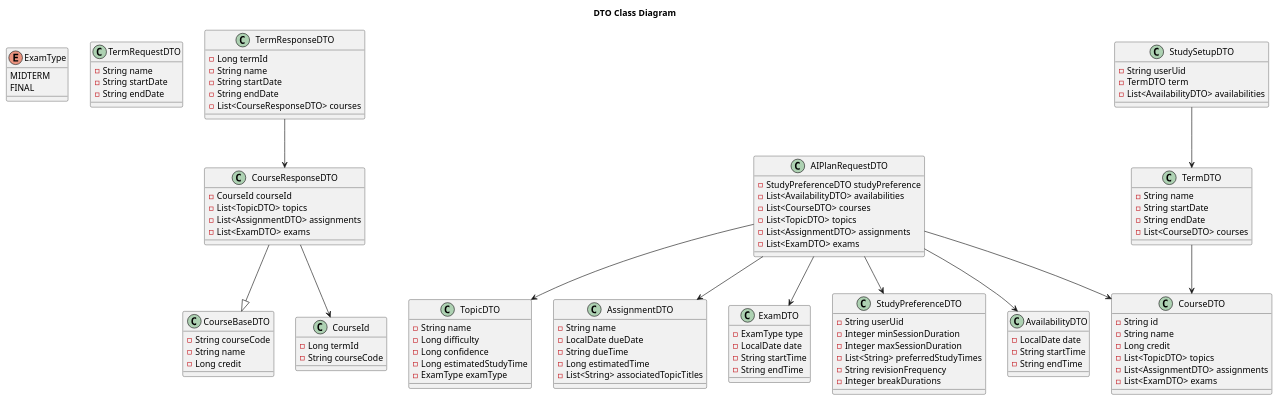
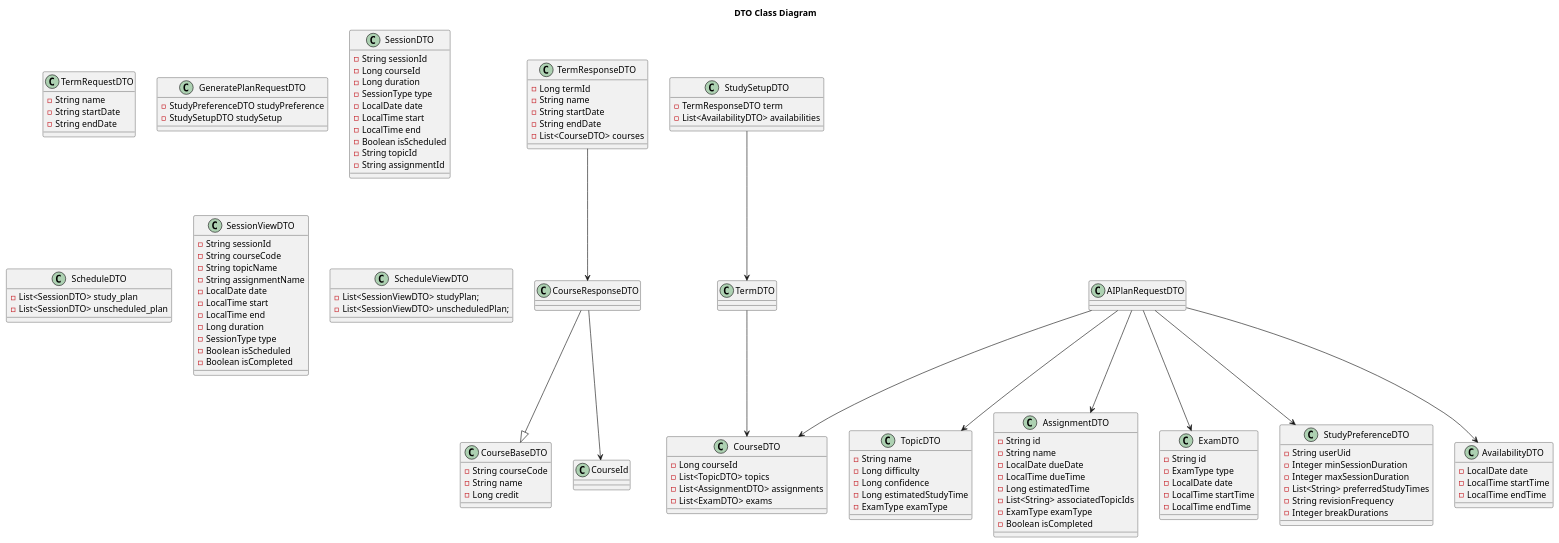
One commit to keerati5003/PlanMate-Diagram changed the diagram in dto.puml. Above: the diagram before and after it, drawn with PlantUML. The commit also changed 13 other files, not shown here.

```diff
--- a/dto.puml
+++ b/dto.puml
@@ -1,122 +1,132 @@
 @startuml
 title DTO Class Diagram
-
-enum ExamType {
-    MIDTERM
-    FINAL
-}
 
 class TermRequestDTO {
     - String name
     - String startDate
     - String endDate
 }
 
 class TermResponseDTO {
     - Long termId
     - String name
     - String startDate
     - String endDate
-    - List<CourseResponseDTO> courses
+    - List<CourseDTO> courses
 }
 
 class CourseBaseDTO {
     - String courseCode
     - String name
     - Long credit
 }
 
-class CourseResponseDTO {
-    - CourseId courseId
+class CourseDTO {
+    - Long courseId
     - List<TopicDTO> topics
     - List<AssignmentDTO> assignments
     - List<ExamDTO> exams
-}
-
-class CourseId {
-    - Long termId
-    - String courseCode
 }
 
 class TopicDTO {
     - String name
     - Long difficulty
     - Long confidence
     - Long estimatedStudyTime
     - ExamType examType
 }
 
 class AssignmentDTO {
+    - String id
     - String name
     - LocalDate dueDate
-    - String dueTime
+    - LocalTime dueTime
     - Long estimatedTime
-    - List<String> associatedTopicTitles
+    - List<String> associatedTopicIds
+    - ExamType examType
+    - Boolean isCompleted
 }
 
 class ExamDTO {
+    - String id
     - ExamType type
     - LocalDate date
-    - String startTime
-    - String endTime
+    - LocalTime startTime
+    - LocalTime endTime
 }
 
 class StudyPreferenceDTO {
     - String userUid
     - Integer minSessionDuration
     - Integer maxSessionDuration
     - List<String> preferredStudyTimes
     - String revisionFrequency
     - Integer breakDurations
 }
 
 class AvailabilityDTO {
     - LocalDate date
-    - String startTime
-    - String endTime
+    - LocalTime startTime
+    - LocalTime endTime
 }
 
-class AIPlanRequestDTO {
+class GeneratePlanRequestDTO {
     - StudyPreferenceDTO studyPreference
-    - List<AvailabilityDTO> availabilities
-    - List<CourseDTO> courses
-    - List<TopicDTO> topics
-    - List<AssignmentDTO> assignments
-    - List<ExamDTO> exams
+    - StudySetupDTO studySetup
 }
 
 class StudySetupDTO {
-    - String userUid
-    - TermDTO term
+    - TermResponseDTO term
     - List<AvailabilityDTO> availabilities
 }
 
-class TermDTO {
-    - String name
-    - String startDate
-    - String endDate
-    - List<CourseDTO> courses
+class SessionDTO {
+    - String sessionId
+    - Long courseId
+    - Long duration
+    - SessionType type
+    - LocalDate date
+    - LocalTime start
+    - LocalTime end
+    - Boolean isScheduled
+    - String topicId
+    - String assignmentId
 }
 
-class CourseDTO {
-    - String id
-    - String name
-    - Long credit
-    - List<TopicDTO> topics
-    - List<AssignmentDTO> assignments
-    - List<ExamDTO> exams
+class ScheduleDTO {
+    - List<SessionDTO> study_plan
+    - List<SessionDTO> unscheduled_plan
+}
+
+class SessionViewDTO {
+    - String sessionId
+    - String courseCode
+    - String topicName
+    - String assignmentName
+    - LocalDate date
+    - LocalTime start
+    - LocalTime end
+    - Long duration
+    - SessionType type
+    - Boolean isScheduled
+    - Boolean isCompleted
+}
+
+class ScheduleViewDTO {
+    - List<SessionViewDTO> studyPlan;
+    - List<SessionViewDTO> unscheduledPlan;
 }
 
 CourseResponseDTO --|> CourseBaseDTO
 CourseResponseDTO --> CourseId
 TermResponseDTO --> CourseResponseDTO
 TermDTO --> CourseDTO
 StudySetupDTO --> TermDTO
 AIPlanRequestDTO --> StudyPreferenceDTO
 AIPlanRequestDTO --> AvailabilityDTO
 AIPlanRequestDTO --> CourseDTO
 AIPlanRequestDTO --> TopicDTO
 AIPlanRequestDTO --> AssignmentDTO
 AIPlanRequestDTO --> ExamDTO
 
 @enduml
```
